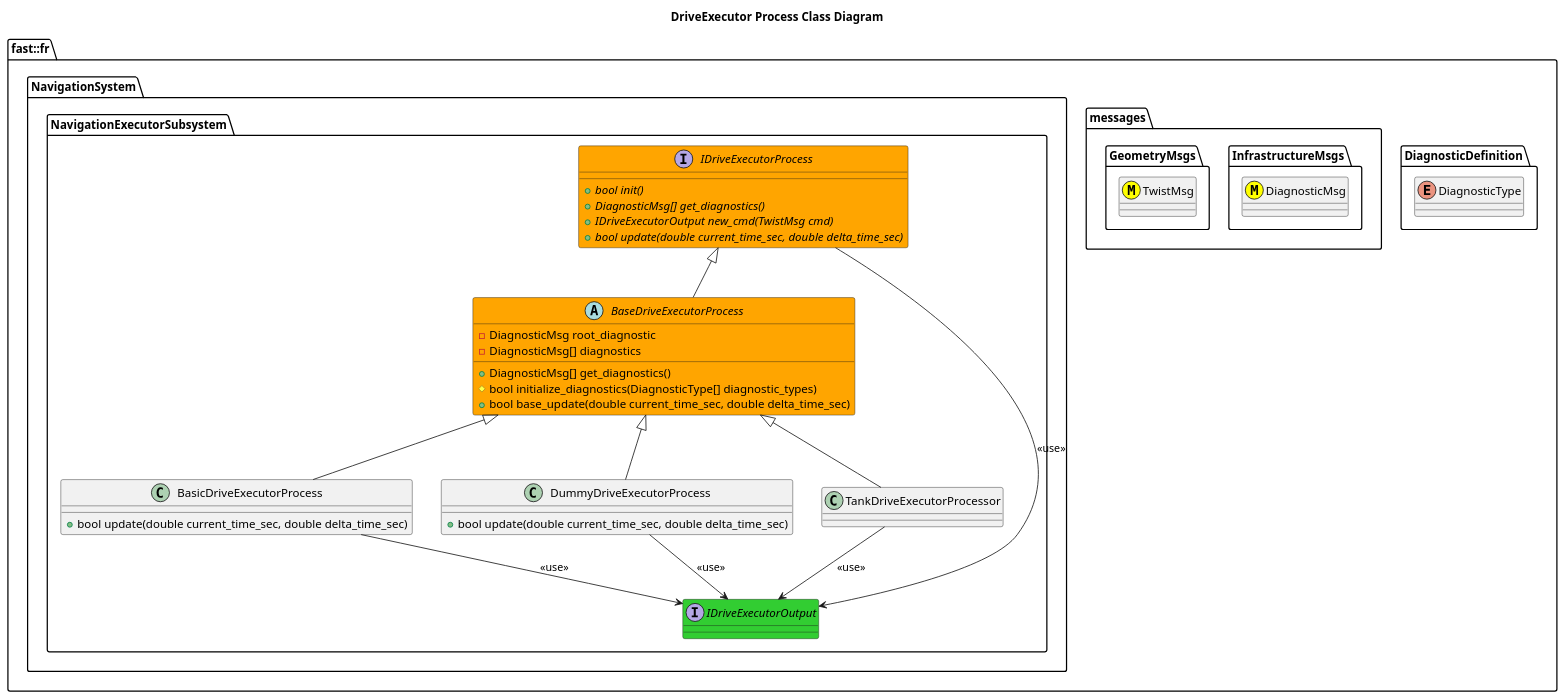
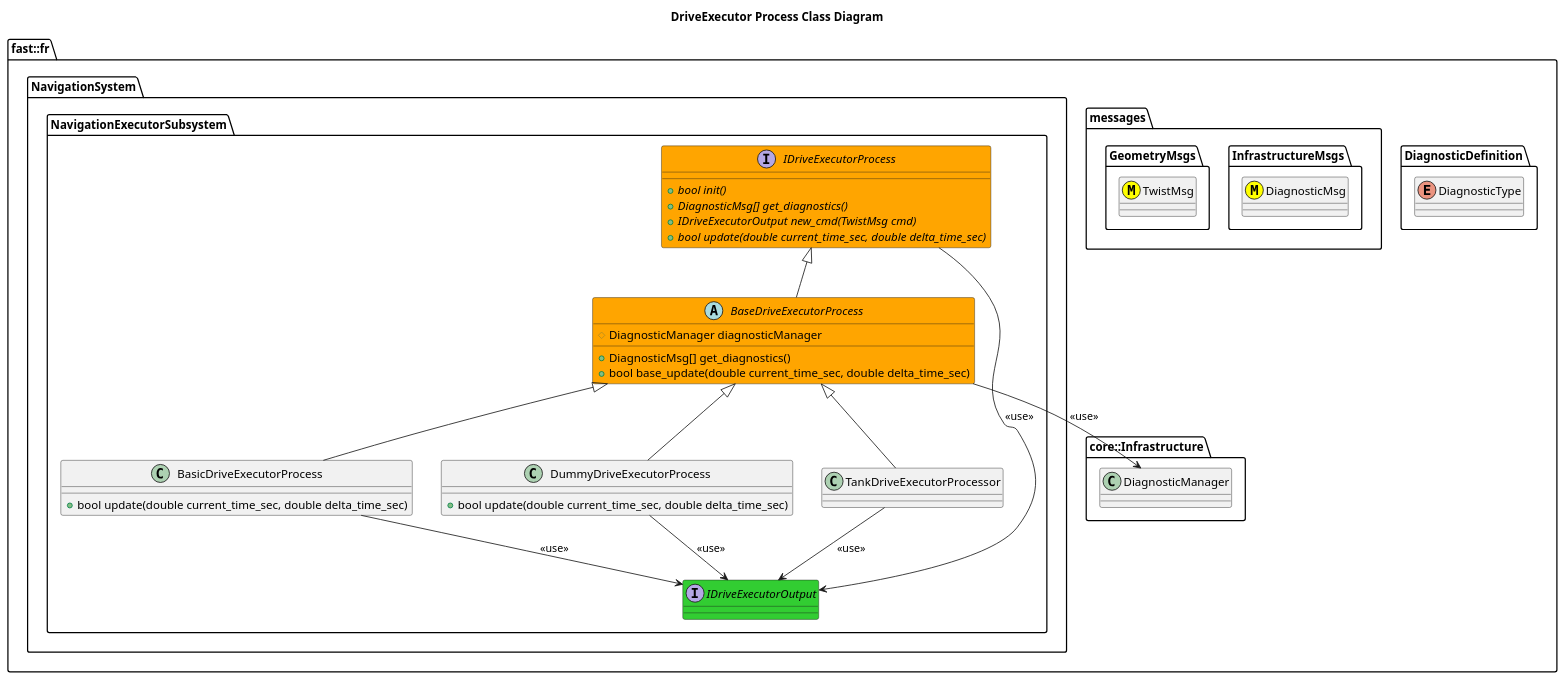
The diagram in Systems/Navigation/Subsystems/NavigationExecutor/Processes/DriveExecutor/doc/puml/DriveExecutorProcessClassDiagram.puml (fastrobotics/robot_framework), drawn with PlantUML before and after one commit. The commit also changed 20 other files, not shown here.

```diff
--- a/Systems/Navigation/Subsystems/NavigationExecutor/Processes/DriveExecutor/doc/puml/DriveExecutorProcessClassDiagram.puml
+++ b/Systems/Navigation/Subsystems/NavigationExecutor/Processes/DriveExecutor/doc/puml/DriveExecutorProcessClassDiagram.puml
@@ -1,53 +1,56 @@
 @startuml
 title DriveExecutor Process Class Diagram
 
 namespace fast::fr {
   namespace DiagnosticDefinition {
     enum DiagnosticType
   }
   namespace messages {
     namespace InfrastructureMsgs {
       class DiagnosticMsg <<(M,#FFFF00)>>
     }
     namespace GeometryMsgs {
       class TwistMsg <<(M,#FFFF00)>>
     }
   }
+  namespace core::Infrastructure {
+    class DiagnosticManager
+  }
   namespace NavigationSystem {
     namespace NavigationExecutorSubsystem {
         interface IDriveExecutorOutput #LimeGreen {
 
         }
         interface IDriveExecutorProcess #Orange {
           +{abstract} bool init()
           +{abstract} DiagnosticMsg[] get_diagnostics()
           +{abstract} IDriveExecutorOutput new_cmd(TwistMsg cmd)
           +{abstract} bool update(double current_time_sec, double delta_time_sec)
         }
         IDriveExecutorProcess --> IDriveExecutorOutput: <<use>>
         abstract BaseDriveExecutorProcess #Orange {
           +DiagnosticMsg[] get_diagnostics()
-          #bool initialize_diagnostics(DiagnosticType[] diagnostic_types)
           +bool base_update(double current_time_sec, double delta_time_sec)
-          -DiagnosticMsg root_diagnostic
-          -DiagnosticMsg[] diagnostics
+          #DiagnosticManager diagnosticManager
+          
 
         }
         BaseDriveExecutorProcess -up-|> IDriveExecutorProcess
+        BaseDriveExecutorProcess --> DiagnosticManager: <<use>>
         class BasicDriveExecutorProcess {
           +bool update(double current_time_sec, double delta_time_sec)
         }
         BasicDriveExecutorProcess -up-|> BaseDriveExecutorProcess
         BasicDriveExecutorProcess --> IDriveExecutorOutput: <<use>>
         class DummyDriveExecutorProcess {
           +bool update(double current_time_sec, double delta_time_sec)
         }
         DummyDriveExecutorProcess -up-|> BaseDriveExecutorProcess
         DummyDriveExecutorProcess --> IDriveExecutorOutput: <<use>>
         class TankDriveExecutorProcessor
         TankDriveExecutorProcessor -up-|> BaseDriveExecutorProcess
         TankDriveExecutorProcessor --> IDriveExecutorOutput: <<use>>
     }
   }
 }
 @enduml
```
